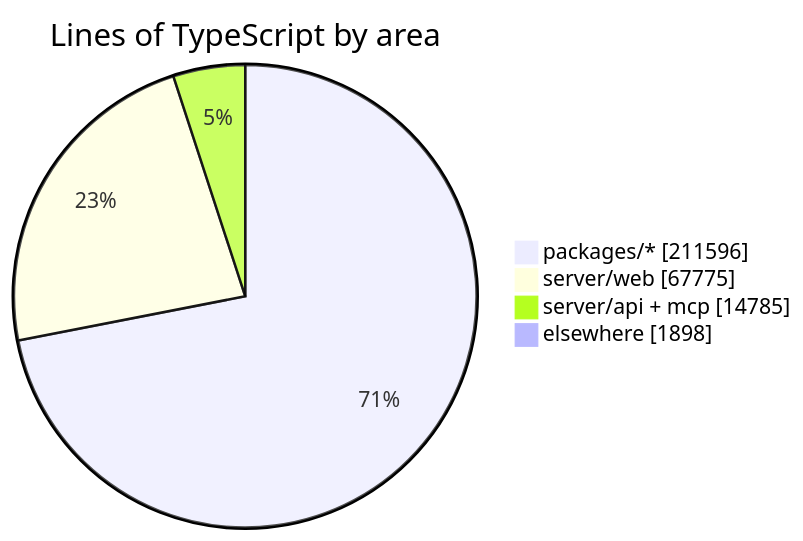
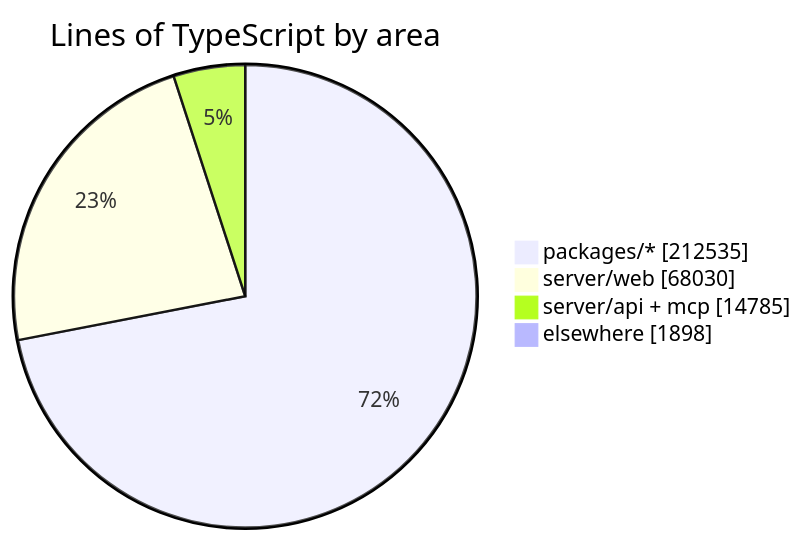
The diagram in README.md (crossworks-engineering/mantle), drawn with Mermaid before and after one commit. The commit also changed other lines of this file and 2 other files, not shown here.

````diff
--- a/README.md
+++ b/README.md
@@ -287,7 +287,7 @@
 ```mermaid
 pie showData title Lines of TypeScript by area
-    "packages/*" : 211596
-    "server/web" : 67775
+    "packages/*" : 212535
+    "server/web" : 68030
     "server/api + mcp" : 14785
     "elsewhere" : 1898
 ```
````
